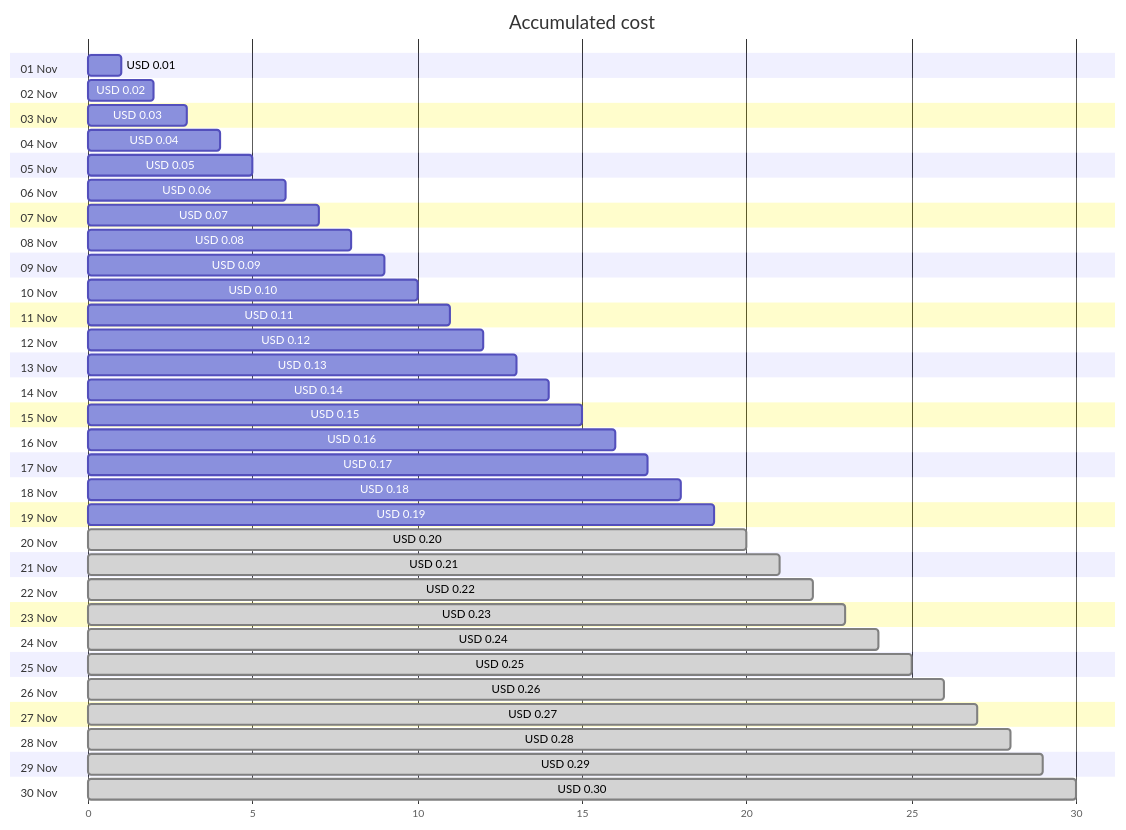
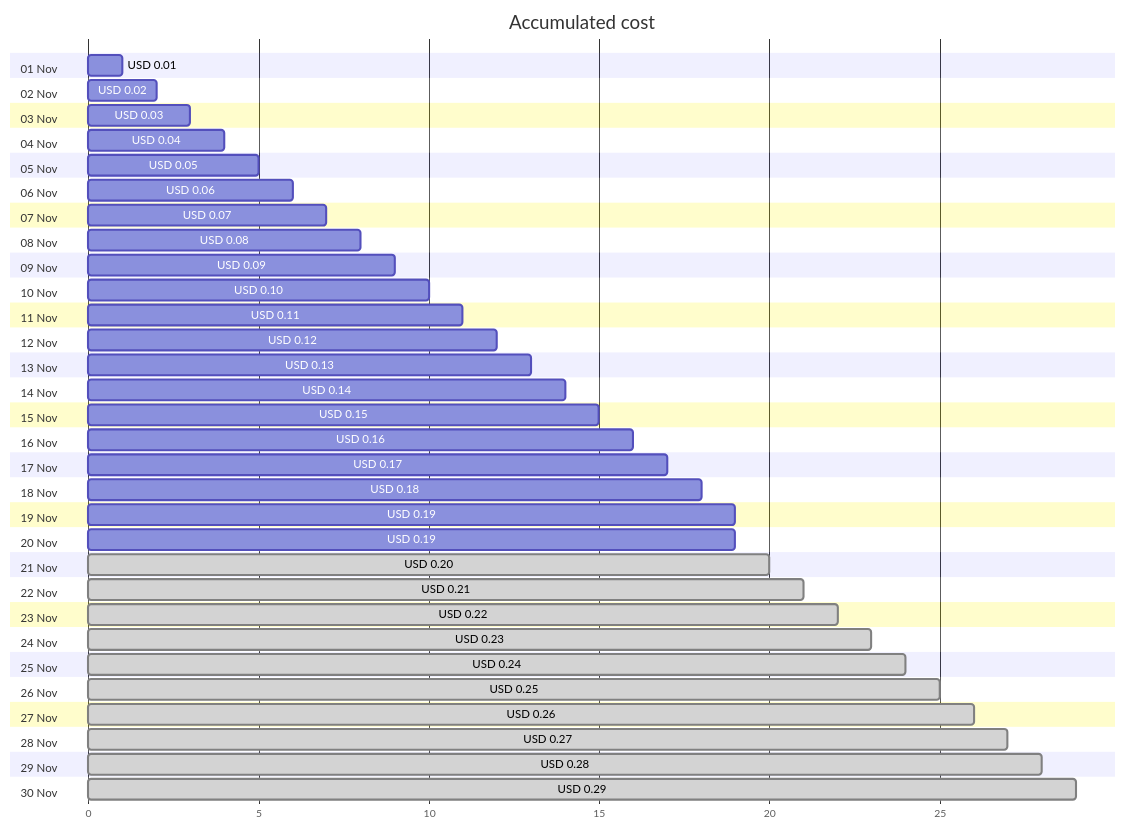
Before and after one commit to jpfulton/azure-personal-reports: the first of 4 diagrams in cost-reports/cloud-shell-storage-eastus/README.md, drawn with Mermaid. The commit also changed other lines of this file and 1 other file, not shown here.

````diff
--- a/cost-reports/cloud-shell-storage-eastus/README.md
+++ b/cost-reports/cloud-shell-storage-eastus/README.md
@@ -20,66 +20,66 @@
 ```mermaid
 gantt
    title Accumulated cost
    dateFormat  X
    axisFormat %s
    section 01 Nov
    USD 0.01 :0, 1
    section 02 Nov
    USD 0.02 :0, 2
    section 03 Nov
    USD 0.03 :0, 3
    section 04 Nov
    USD 0.04 :0, 4
    section 05 Nov
    USD 0.05 :0, 5
    section 06 Nov
    USD 0.06 :0, 6
    section 07 Nov
    USD 0.07 :0, 7
    section 08 Nov
    USD 0.08 :0, 8
    section 09 Nov
    USD 0.09 :0, 9
    section 10 Nov
    USD 0.10 :0, 10
    section 11 Nov
    USD 0.11 :0, 11
    section 12 Nov
    USD 0.12 :0, 12
    section 13 Nov
    USD 0.13 :0, 13
    section 14 Nov
    USD 0.14 :0, 14
    section 15 Nov
    USD 0.15 :0, 15
    section 16 Nov
    USD 0.16 :0, 16
    section 17 Nov
    USD 0.17 :0, 17
    section 18 Nov
    USD 0.18 :0, 18
    section 19 Nov
    USD 0.19 :0, 19
    section 20 Nov
+   USD 0.19 :0, 19
+   section 21 Nov
    USD 0.20 : done, 0, 20
-   section 21 Nov
+   section 22 Nov
    USD 0.21 : done, 0, 21
-   section 22 Nov
+   section 23 Nov
    USD 0.22 : done, 0, 22
-   section 23 Nov
+   section 24 Nov
    USD 0.23 : done, 0, 23
-   section 24 Nov
+   section 25 Nov
    USD 0.24 : done, 0, 24
-   section 25 Nov
+   section 26 Nov
    USD 0.25 : done, 0, 25
-   section 26 Nov
+   section 27 Nov
    USD 0.26 : done, 0, 26
-   section 27 Nov
+   section 28 Nov
    USD 0.27 : done, 0, 27
-   section 28 Nov
+   section 29 Nov
    USD 0.28 : done, 0, 28
-   section 29 Nov
+   section 30 Nov
    USD 0.29 : done, 0, 29
-   section 30 Nov
-   USD 0.30 : done, 0, 30
 ```
````
